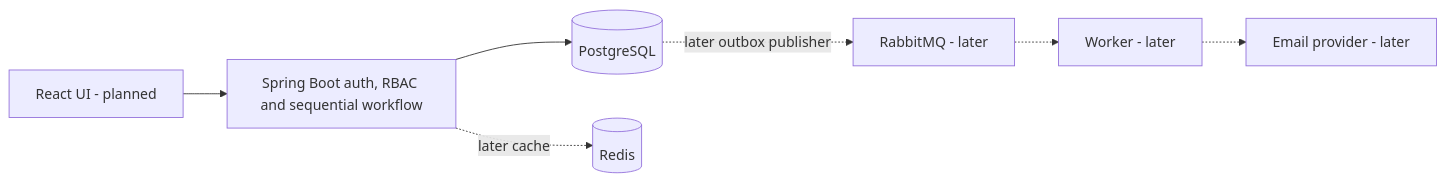
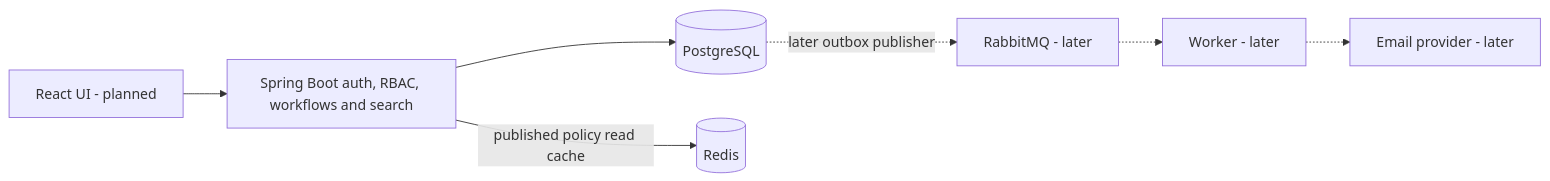
One commit to sagarbagwe/gateflow changed the diagram in README.md. Above: the diagram before and after it, drawn with Mermaid. The commit also changed other lines of this file and 29 other files, not shown here.

Commit message:
feat: add bounded published workflow Redis cache

````diff
--- a/README.md
+++ b/README.md
@@ -44,9 +46,9 @@
 ```mermaid
 flowchart LR
-    Browser[React UI - planned] --> API[Spring Boot auth, RBAC and sequential workflow]
+    Browser[React UI - planned] --> API[Spring Boot auth, RBAC, workflows and search]
     API --> DB[(PostgreSQL)]
-    API -. later cache .-> Redis[(Redis)]
+    API -- published policy read cache --> Redis[(Redis)]
     DB -. later outbox publisher .-> Queue[RabbitMQ - later]
     Queue -.-> Worker[Worker - later]
     Worker -.-> Mail[Email provider - later]
 ```
````
